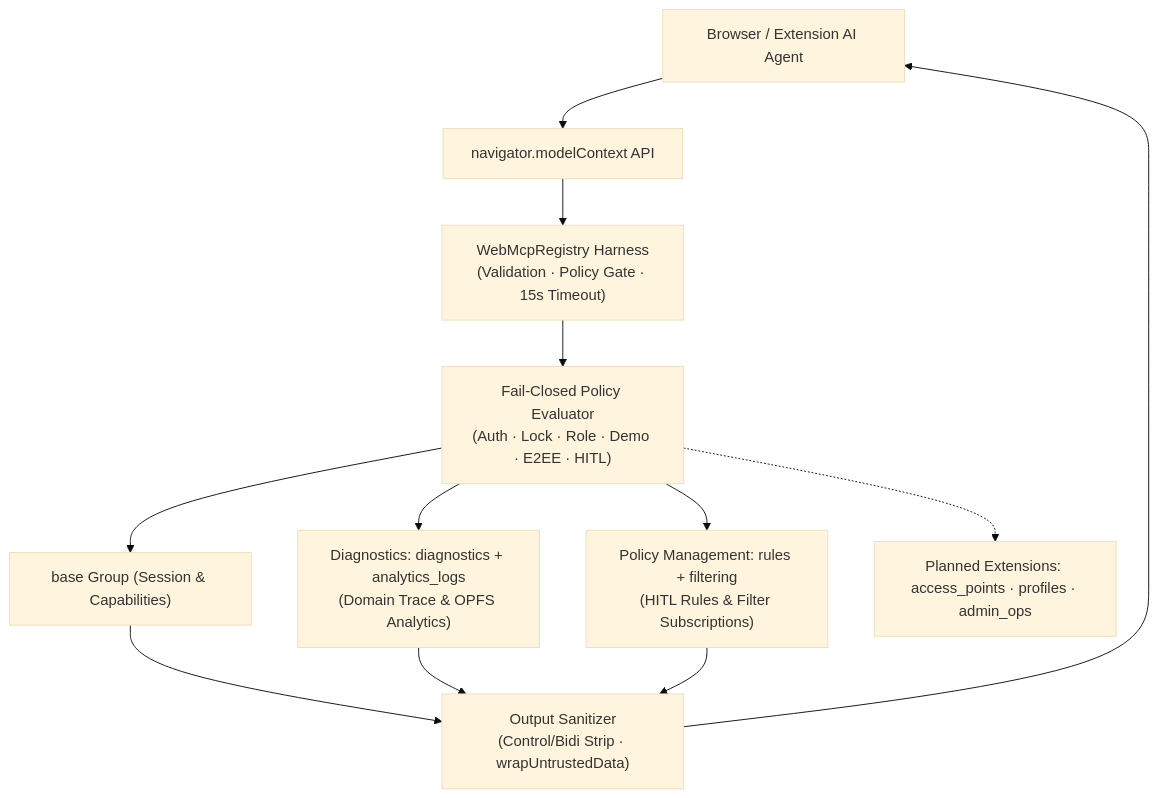
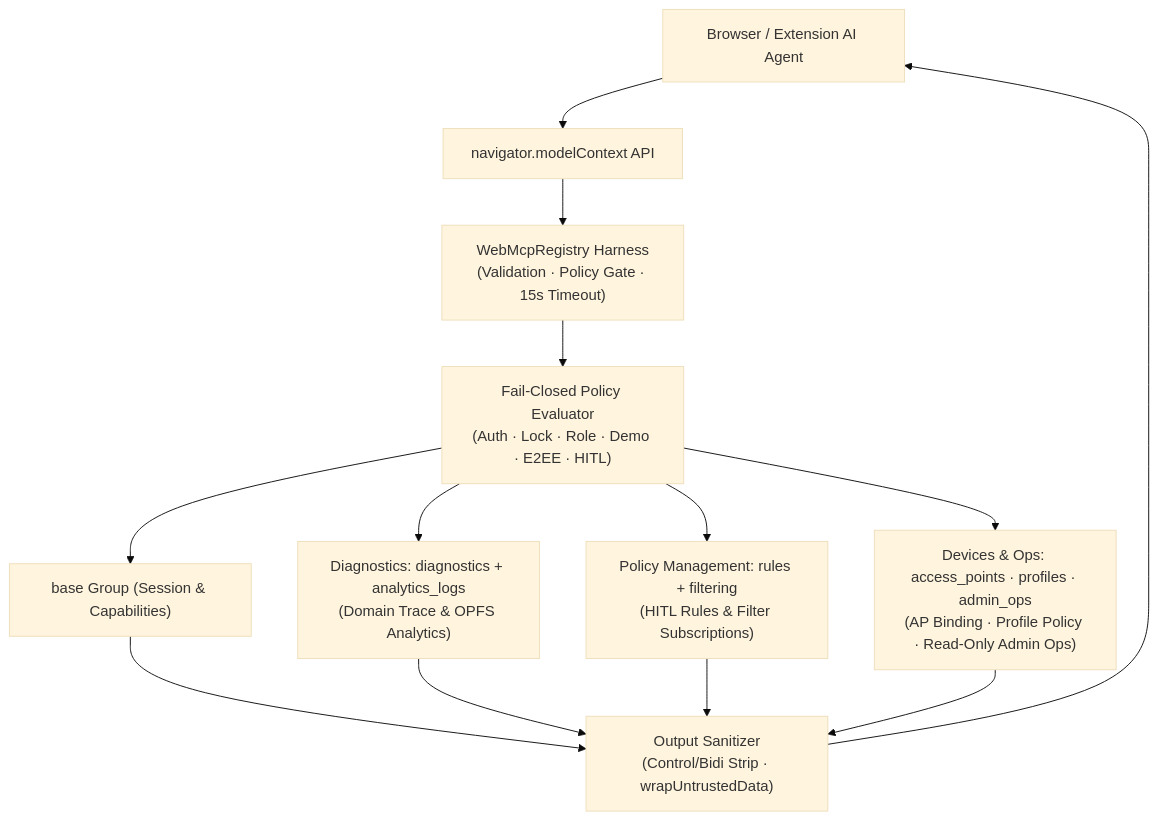
One commit to Oppidi/DNS-Worker changed the diagram in docs/src/content/docs/mcp/overview.mdx. Above: the diagram before and after it, drawn with Mermaid (base theme). The commit also changed other lines of this file and 19 other files, not shown here.

First line of the commit message:
feat(webmcp): implement Phase 3 tools for Access Points, Profiles, and Admin Ops

````diff
--- a/docs/src/content/docs/mcp/overview.mdx
+++ b/docs/src/content/docs/mcp/overview.mdx
@@ -18,22 +18,23 @@
 ```mermaid
 flowchart TD
     AGENT["Browser / Extension AI Agent"]
     NAV["navigator.modelContext API"]
     REG["WebMcpRegistry Harness<br/>(Validation · Policy Gate · 15s Timeout)"]
     GATE["Fail-Closed Policy Evaluator<br/>(Auth · Lock · Role · Demo · E2EE · HITL)"]
     CLEAN["Output Sanitizer<br/>(Control/Bidi Strip · wrapUntrustedData)"]
     MOD_BASE["base Group (Session & Capabilities)"]
     MOD_DIAG["Diagnostics: diagnostics + analytics_logs<br/>(Domain Trace & OPFS Analytics)"]
     MOD_POLICY["Policy Management: rules + filtering<br/>(HITL Rules & Filter Subscriptions)"]
-    MOD_OPS["Planned Extensions: access_points · profiles · admin_ops"]
+    MOD_OPS["Devices & Ops: access_points · profiles · admin_ops<br/>(AP Binding · Profile Policy · Read-Only Admin Ops)"]
 
     AGENT --> NAV --> REG
     REG --> GATE
     GATE --> MOD_BASE
     GATE --> MOD_DIAG
     GATE --> MOD_POLICY
-    GATE -.-> MOD_OPS
+    GATE --> MOD_OPS
     MOD_BASE --> CLEAN --> AGENT
     MOD_DIAG --> CLEAN
     MOD_POLICY --> CLEAN
+    MOD_OPS --> CLEAN
 ```
````
